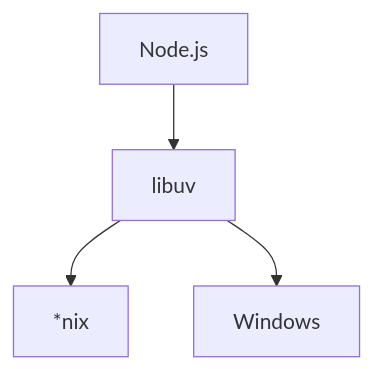
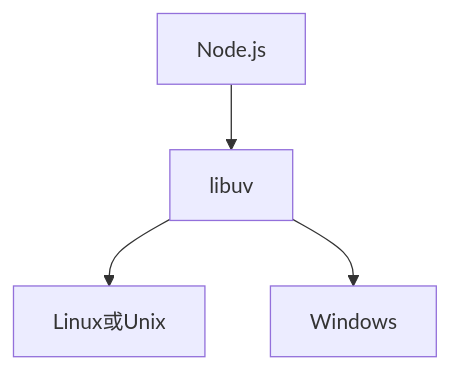
Before and after one commit to anhoder/blogs: the diagram in Node篇---（一）特点.md, drawn with Mermaid.

Commit message:
update Node篇一

````diff
--- a/Node篇---（一）特点.md
+++ b/Node篇---（一）特点.md
@@ -44,6 +44,6 @@
 ```mermaid
 graph TB;
   A[Node.js]-->B[libuv]
-  B-->C[*nix]
+  B-->C[Linux或Unix]
   B-->D[Windows]
 ```
````
